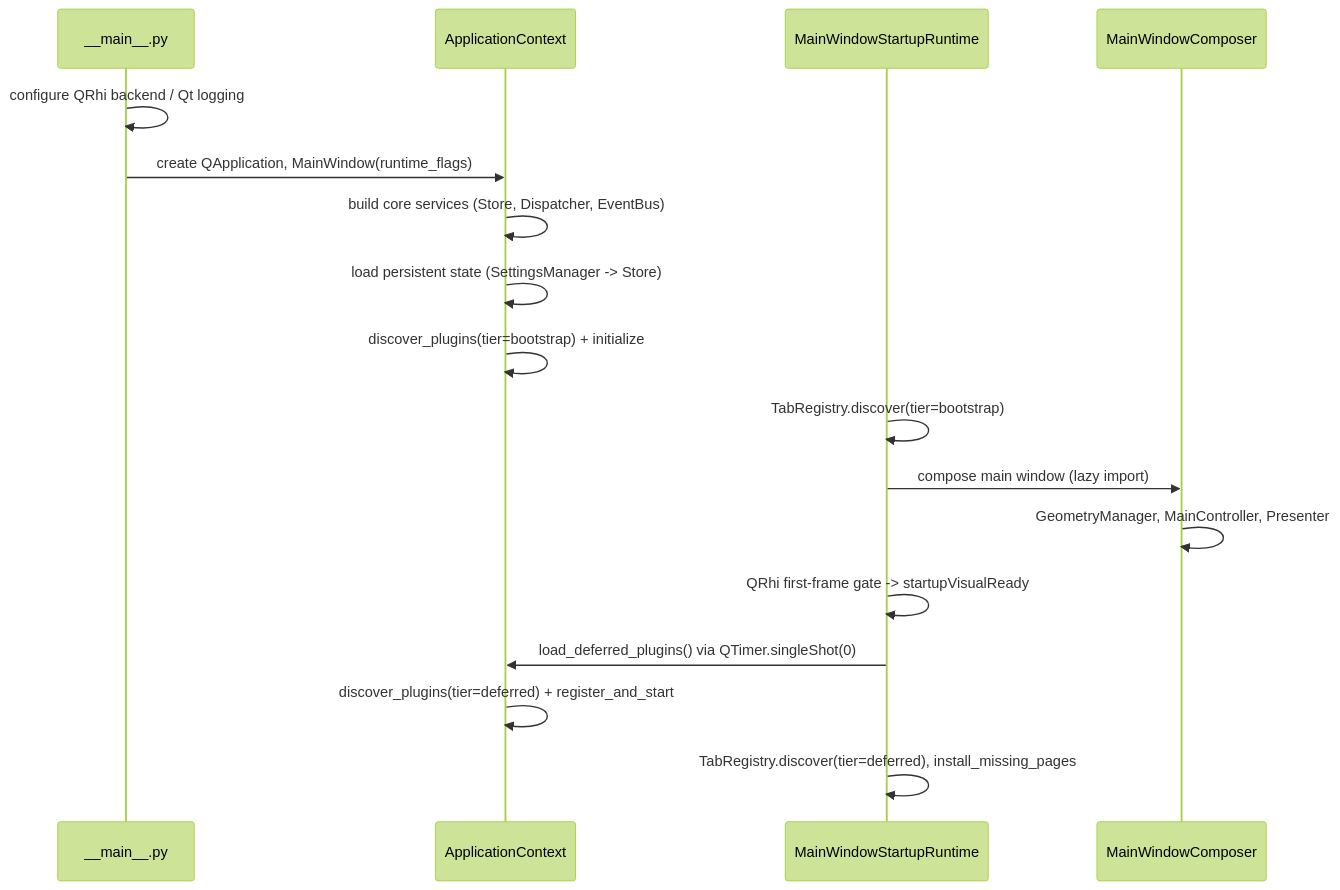
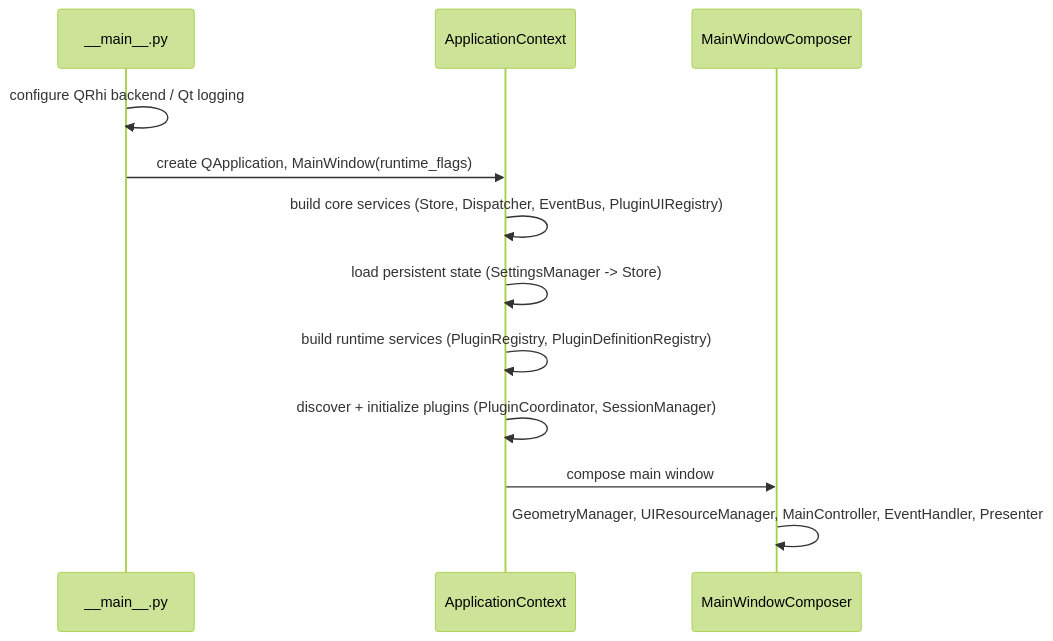
The third of 6 diagrams in docs/dev/ARCHITECTURE.md (Loganavter/Improve-ImgSLI-dev), drawn with Mermaid (forest theme) before and after one commit. The commit also changed other lines of this file and 1819 other files, not shown here.

````diff
--- a/docs/dev/ARCHITECTURE.md
+++ b/docs/dev/ARCHITECTURE.md
@@ -60,20 +60,15 @@
 ```mermaid
 sequenceDiagram
     participant Main as __main__.py
     participant Ctx as ApplicationContext
-    participant Startup as MainWindowStartupRuntime
     participant Composer as MainWindowComposer
 
     Main->>Main: configure QRhi backend / Qt logging
     Main->>Ctx: create QApplication, MainWindow(runtime_flags)
-    Ctx->>Ctx: build core services (Store, Dispatcher, EventBus)
+    Ctx->>Ctx: build core services (Store, Dispatcher, EventBus, PluginUIRegistry)
     Ctx->>Ctx: load persistent state (SettingsManager -> Store)
-    Ctx->>Ctx: discover_plugins(tier=bootstrap) + initialize
-    Startup->>Startup: TabRegistry.discover(tier=bootstrap)
-    Startup->>Composer: compose main window (lazy import)
-    Composer->>Composer: GeometryManager, MainController, Presenter
-    Startup->>Startup: QRhi first-frame gate -> startupVisualReady
-    Startup->>Ctx: load_deferred_plugins() via QTimer.singleShot(0)
-    Ctx->>Ctx: discover_plugins(tier=deferred) + register_and_start
-    Startup->>Startup: TabRegistry.discover(tier=deferred), install_missing_pages
+    Ctx->>Ctx: build runtime services (PluginRegistry, PluginDefinitionRegistry)
+    Ctx->>Ctx: discover + initialize plugins (PluginCoordinator, SessionManager)
+    Ctx->>Composer: compose main window
+    Composer->>Composer: GeometryManager, UIResourceManager, MainController, EventHandler, Presenter
 ```
````
